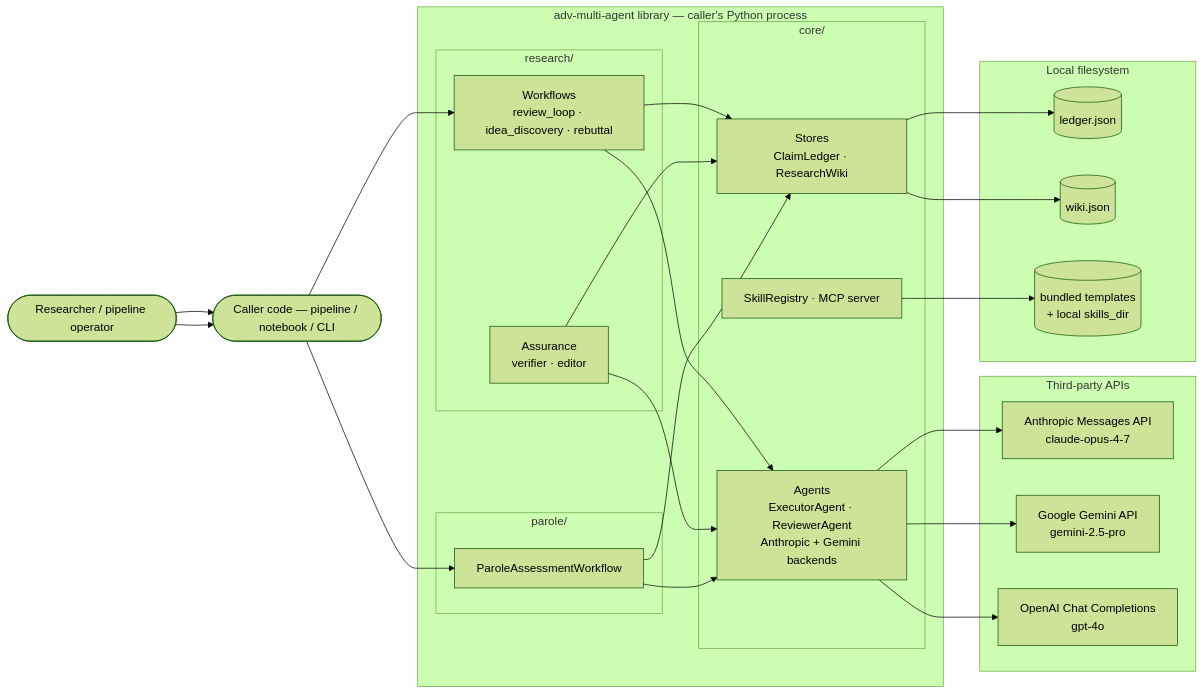
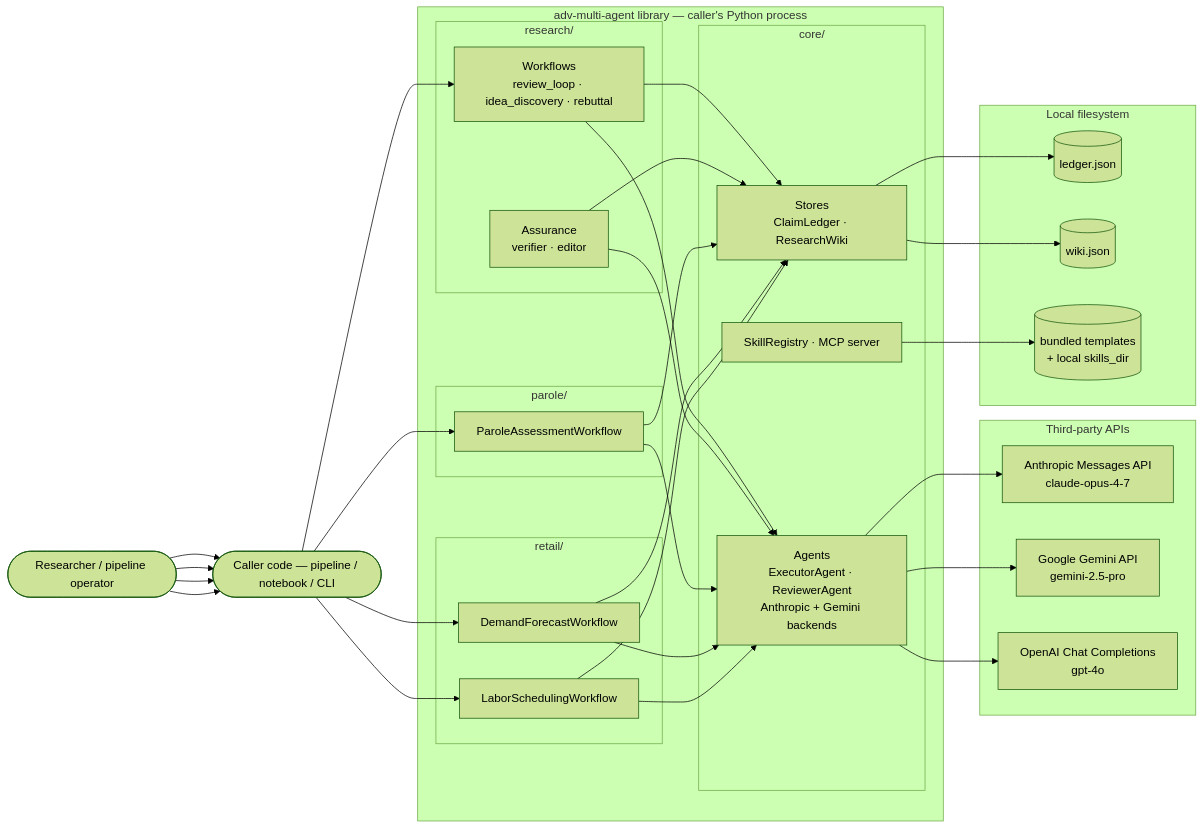
One commit to gmanch94/adversarial-multi-agent-lib changed the first of 6 diagrams in docs/architecture.md. Above: the diagram before and after it, drawn with Mermaid (forest theme). The commit also changed other lines of this file and 5 other files, not shown here.

Commit message:
docs(retail): refresh README, architecture, decisions, NEXT_SESSION, scenarios for retail domain

````diff
--- a/docs/architecture.md
+++ b/docs/architecture.md
@@ -36,47 +36,57 @@
 ```mermaid
 flowchart LR
     Researcher([Researcher / pipeline operator])
     Caller([Caller code — pipeline / notebook / CLI])
 
     subgraph Lib["adv-multi-agent library — caller's Python process"]
         subgraph Core["core/"]
             Agents[Agents<br/>ExecutorAgent · ReviewerAgent<br/>Anthropic + Gemini backends]
             Stores[Stores<br/>ClaimLedger · ResearchWiki]
             SkillsMcp[SkillRegistry · MCP server]
         end
         subgraph Research["research/"]
             Workflows[Workflows<br/>review_loop · idea_discovery · rebuttal]
             Assurance[Assurance<br/>verifier · editor]
         end
         subgraph ParoleDomain["parole/"]
             ParoleWf[ParoleAssessmentWorkflow]
         end
+        subgraph RetailDomain["retail/"]
+            DemandWf[DemandForecastWorkflow]
+            LaborWf[LaborSchedulingWorkflow]
+        end
         Workflows --> Agents
         Workflows --> Stores
         Assurance --> Agents
         Assurance --> Stores
         ParoleWf --> Agents
         ParoleWf --> Stores
+        DemandWf --> Agents
+        DemandWf --> Stores
+        LaborWf --> Agents
+        LaborWf --> Stores
     end
 
     subgraph Third["Third-party APIs"]
         Anthropic[Anthropic Messages API<br/>claude-opus-4-7]
         Gemini[Google Gemini API<br/>gemini-2.5-pro]
         OpenAI[OpenAI Chat Completions<br/>gpt-4o]
     end
 
     subgraph FS["Local filesystem"]
         Ledger[(ledger.json)]
         Wiki[(wiki.json)]
         Skills[(bundled templates<br/>+ local skills_dir)]
     end
 
     Researcher --> Caller --> Workflows
     Researcher --> Caller --> ParoleWf
+    Researcher --> Caller --> DemandWf
+    Researcher --> Caller --> LaborWf
     Agents --> Anthropic
     Agents --> Gemini
     Agents --> OpenAI
     Stores --> Ledger
     Stores --> Wiki
     SkillsMcp --> Skills
 ```
````
